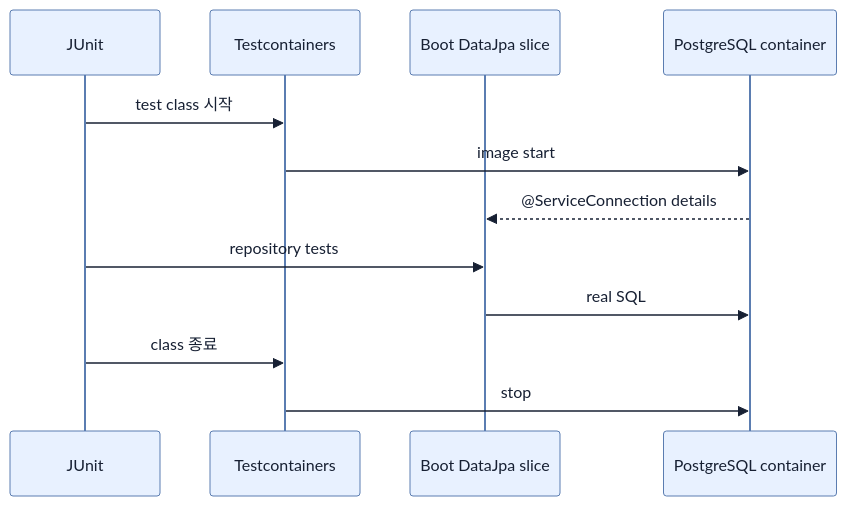
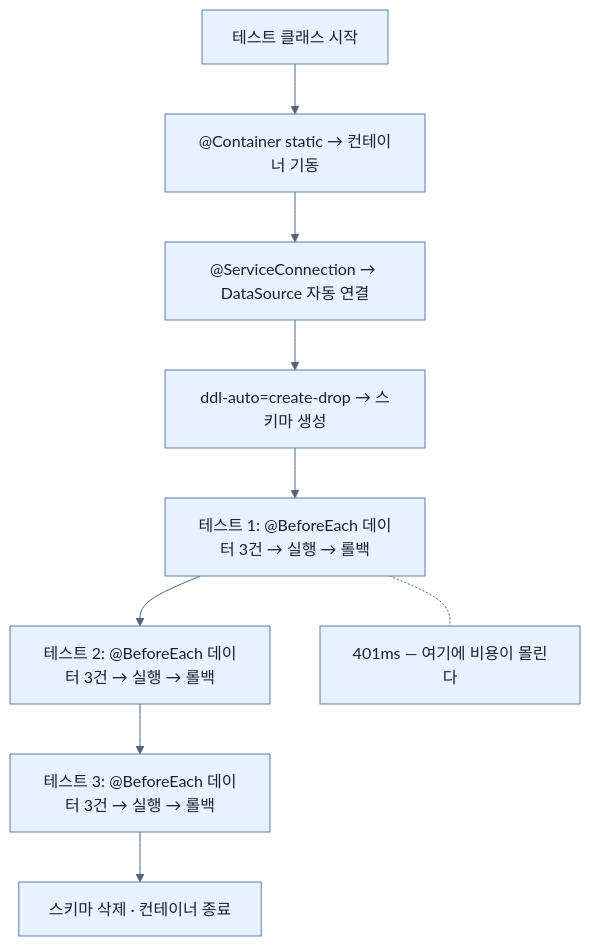
One commit to sing-u8/Learning_Spring_Boot_4 changed the diagram in spring-boot-4-pdf-notes/part-2-creating-an-application-with-spring-boot/chapter-5-testing-with-spring-boot/07-testing-repositories-with-testcontainers.md. Above: the diagram before and after it, drawn with Mermaid. The commit also changed other lines of this file and 253 other files, not shown here.

````diff
--- a/spring-boot-4-pdf-notes/part-2-creating-an-application-with-spring-boot/chapter-5-testing-with-spring-boot/07-testing-repositories-with-testcontainers.md
+++ b/spring-boot-4-pdf-notes/part-2-creating-an-application-with-spring-boot/chapter-5-testing-with-spring-boot/07-testing-repositories-with-testcontainers.md
@@ -28,15 +258,13 @@
 ```mermaid
 %%{init: {'theme': 'base', 'themeVariables': {'background': '#ffffff', 'primaryColor': '#e8f1ff', 'primaryTextColor': '#172033', 'primaryBorderColor': '#5b7db1', 'lineColor': '#52647a', 'secondaryColor': '#f7fbff', 'tertiaryColor': '#fff7df'}}}%%
-sequenceDiagram
-    participant J as JUnit
-    participant T as Testcontainers
-    participant B as Boot DataJpa slice
-    participant P as PostgreSQL container
-    J->>T: test class 시작
-    T->>P: image start
-    P-->>B: @ServiceConnection details
-    J->>B: repository tests
-    B->>P: real SQL
-    J->>T: class 종료
-    T->>P: stop
+flowchart TD
+    A["테스트 클래스 시작"] --> B["@Container static → 컨테이너 기동"]
+    B --> C["@ServiceConnection → DataSource 자동 연결"]
+    C --> D["ddl-auto=create-drop → 스키마 생성"]
+    D --> E["테스트 1: @BeforeEach 데이터 3건 → 실행 → 롤백"]
+    E --> F["테스트 2: @BeforeEach 데이터 3건 → 실행 → 롤백"]
+    F --> G["테스트 3: @BeforeEach 데이터 3건 → 실행 → 롤백"]
+    G --> H["스키마 삭제 · 컨테이너 종료"]
+    COST["401ms — 여기에 비용이 몰린다"]
+    E -.- COST
 ```
````
